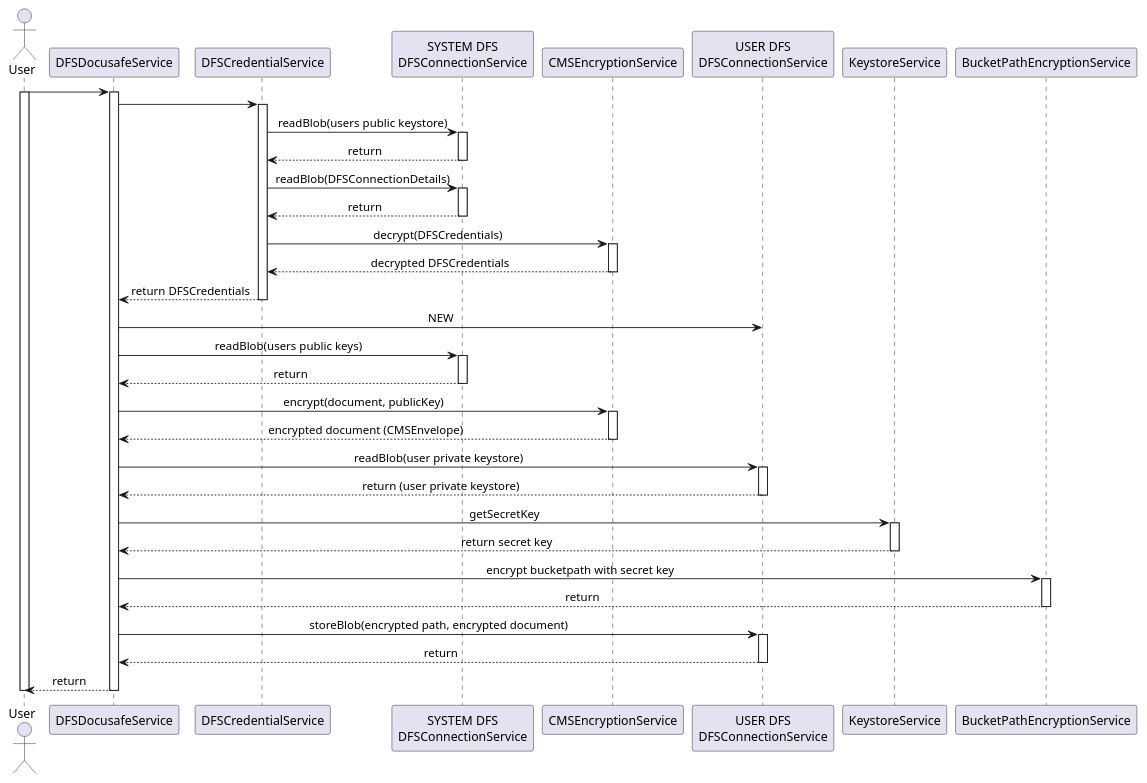
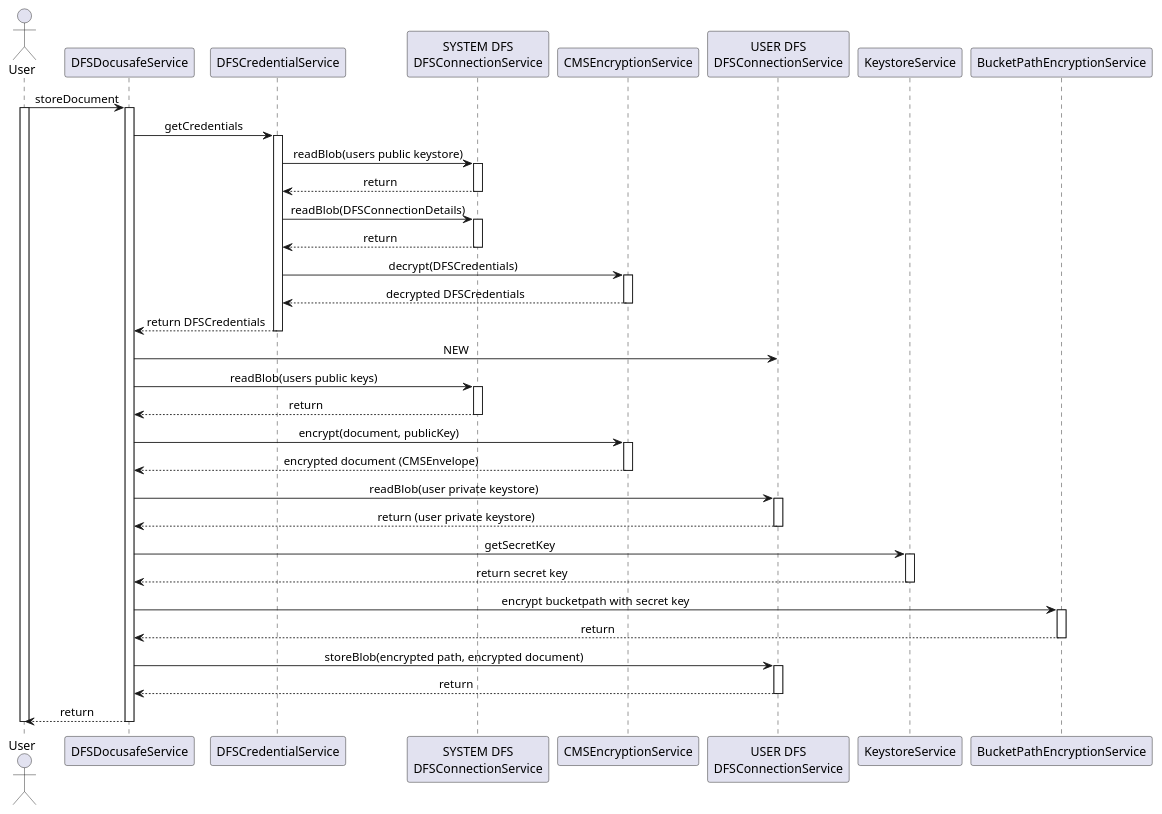
Before and after one commit to adorsys/datasafe: the diagram in docs/diagrams/store_file.puml, drawn with PlantUML. The commit also changed 1 other file, not shown here.

Commit message:
Minor text fixes in architecture description

```diff
--- a/docs/diagrams/store_file.puml
+++ b/docs/diagrams/store_file.puml
@@ -1,53 +1,53 @@
 @startuml
 skinparam SequenceMessageAlign center
 
 actor User
 
-User -> DFSDocusafeService
+User -> DFSDocusafeService : storeDocument
 activate User
 activate DFSDocusafeService
-DFSDocusafeService -> DFSCredentialService
+DFSDocusafeService -> DFSCredentialService : getCredentials
 activate DFSCredentialService
 DFSCredentialService -> "SYSTEM DFS\nDFSConnectionService" as sysDFS : readBlob(users public keystore)
 activate sysDFS
 sysDFS --> DFSCredentialService : return
 deactivate sysDFS
 DFSCredentialService -> sysDFS : readBlob(DFSConnectionDetails)
 activate sysDFS
 sysDFS --> DFSCredentialService : return
 deactivate sysDFS
 DFSCredentialService -> CMSEncryptionService : decrypt(DFSCredentials)
 activate CMSEncryptionService
 CMSEncryptionService --> DFSCredentialService : decrypted DFSCredentials
 deactivate CMSEncryptionService
 DFSCredentialService --> DFSDocusafeService : return DFSCredentials
 deactivate DFSCredentialService
 DFSDocusafeService -> "USER DFS\nDFSConnectionService" as usrDFS : NEW
 DFSDocusafeService -> sysDFS : readBlob(users public keys)
 activate sysDFS
 sysDFS --> DFSDocusafeService : return 
 deactivate sysDFS
 DFSDocusafeService -> CMSEncryptionService : encrypt(document, publicKey)
 activate CMSEncryptionService
 CMSEncryptionService --> DFSDocusafeService : encrypted document (CMSEnvelope)
 deactivate CMSEncryptionService
 DFSDocusafeService -> usrDFS : readBlob(user private keystore)
 activate usrDFS
 usrDFS --> DFSDocusafeService : return (user private keystore)
 deactivate usrDFS
 DFSDocusafeService -> KeystoreService : getSecretKey
 activate KeystoreService
 KeystoreService --> DFSDocusafeService : return secret key
 deactivate KeystoreService
 DFSDocusafeService -> BucketPathEncryptionService : encrypt bucketpath with secret key
 activate BucketPathEncryptionService
 BucketPathEncryptionService --> DFSDocusafeService : return 
 deactivate BucketPathEncryptionService
 DFSDocusafeService -> usrDFS : storeBlob(encrypted path, encrypted document)
 activate usrDFS
 usrDFS --> DFSDocusafeService : return
 deactivate usrDFS
 DFSDocusafeService --> User : return
 deactivate DFSDocusafeService
 deactivate User
 @enduml
```
